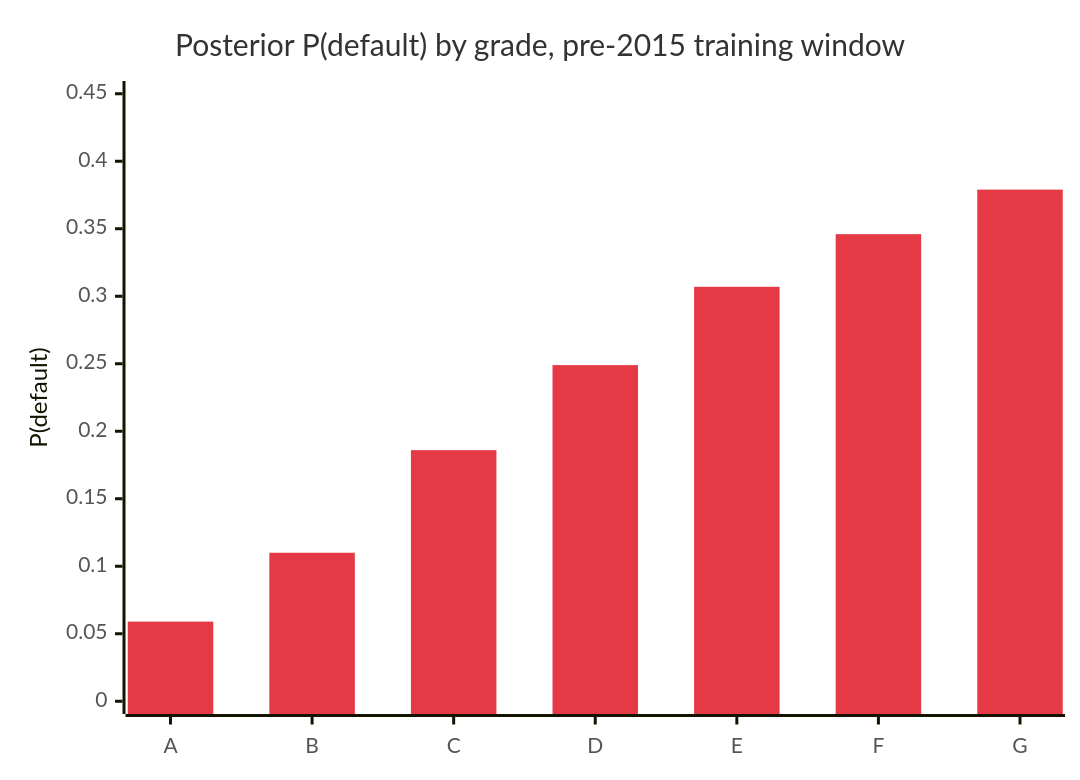
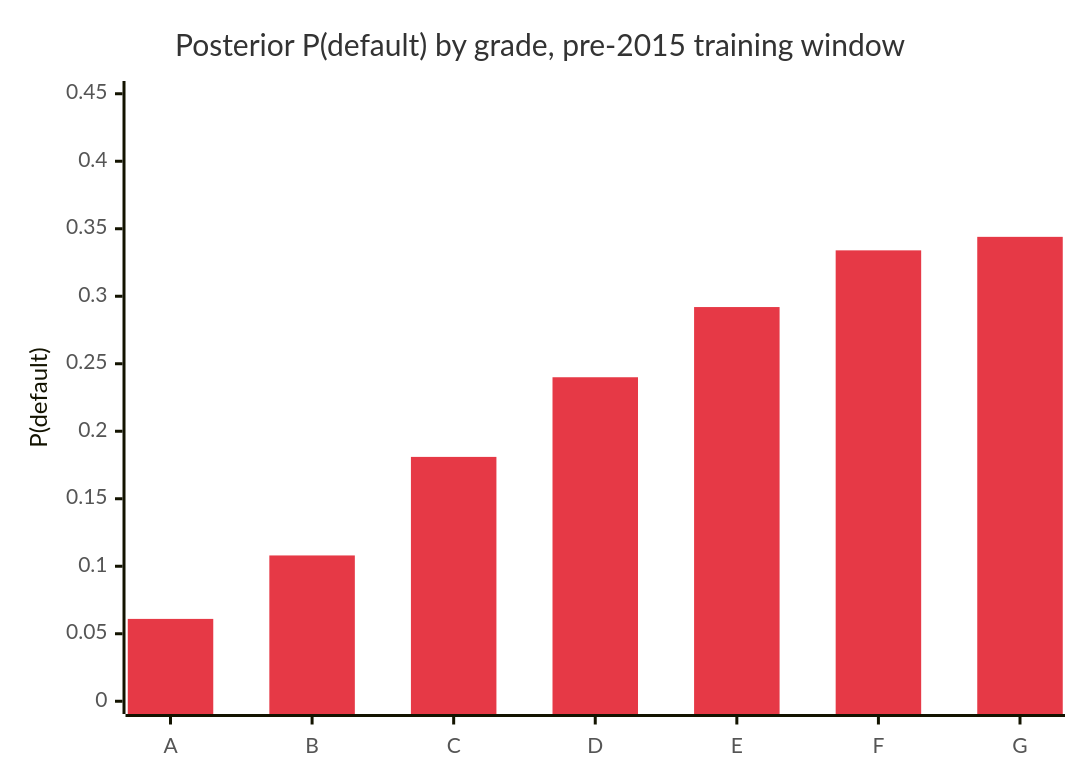
One commit to mistiusiu/bayesian-credit changed the fifth of 11 diagrams in README.md. Above: the diagram before and after it, drawn with Mermaid. The commit also changed other lines of this file and 1 other file, not shown here.

````diff
--- a/README.md
+++ b/README.md
@@ -124,8 +124,8 @@
 ```mermaid
 %%{init: {"theme": "base", "themeVariables": {"xyChart": {"plotColorPalette": "#e63946, #f4a261, #2a9d8f, #8d99ae, #1d3557", "titleColor": "#333", "xAxisLabelColor": "#555", "yAxisLabelColor": "#555"}}}}%%
 xychart-beta
     title "Posterior P(default) by grade, pre-2015 training window"
     x-axis [A, B, C, D, E, F, G]
     y-axis "P(default)" 0 --> 0.45
-    bar [0.059, 0.110, 0.186, 0.249, 0.307, 0.346, 0.379]
+    bar [0.061, 0.108, 0.181, 0.240, 0.292, 0.334, 0.344]
 ```
````
